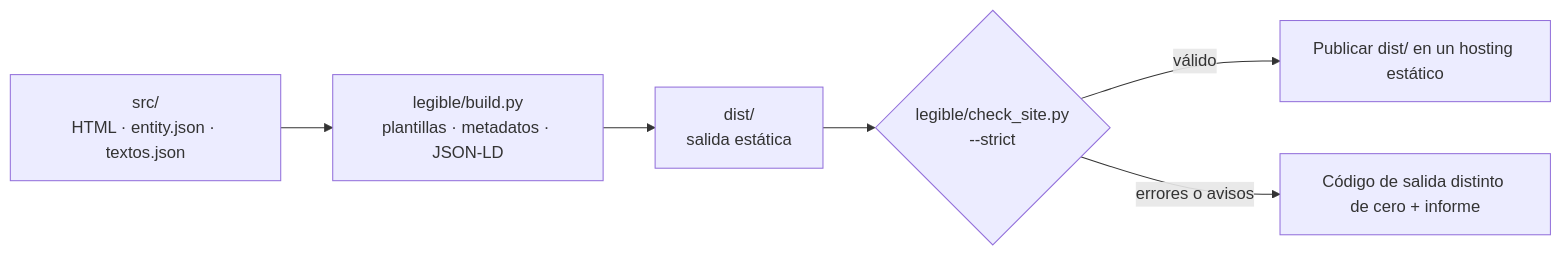
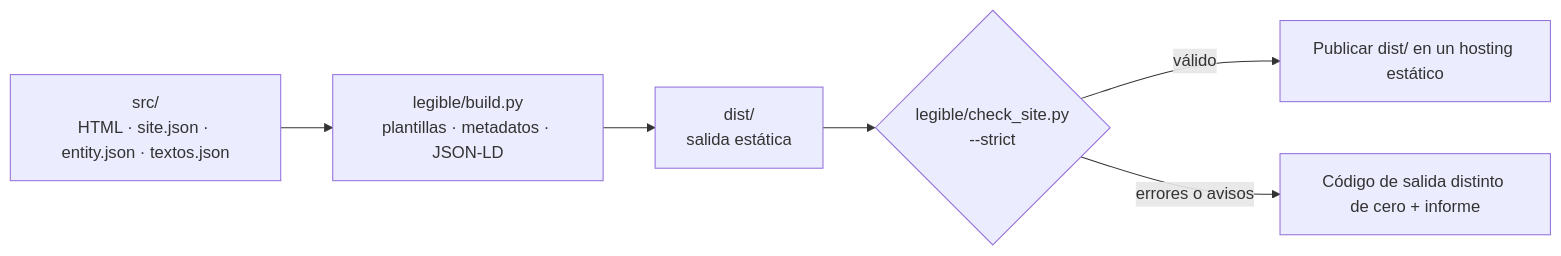
One commit to angelmaturana/legible changed the diagram in README.es.md. Above: the diagram before and after it, drawn with Mermaid. The commit also changed other lines of this file and 6 other files, not shown here.

````diff
--- a/README.es.md
+++ b/README.es.md
@@ -189,8 +194,8 @@
 ```mermaid
 flowchart LR
-    A["src/<br/>HTML · entity.json · textos.json"] --> B["legible/build.py<br/>plantillas · metadatos · JSON-LD"]
+    A["src/<br/>HTML · site.json · entity.json · textos.json"] --> B["legible/build.py<br/>plantillas · metadatos · JSON-LD"]
     B --> C["dist/<br/>salida estática"]
     C --> D{"legible/check_site.py<br/>--strict"}
     D -- válido --> E["Publicar dist/ en un hosting estático"]
     D -- errores o avisos --> F["Código de salida distinto de cero + informe"]
 ```
````
